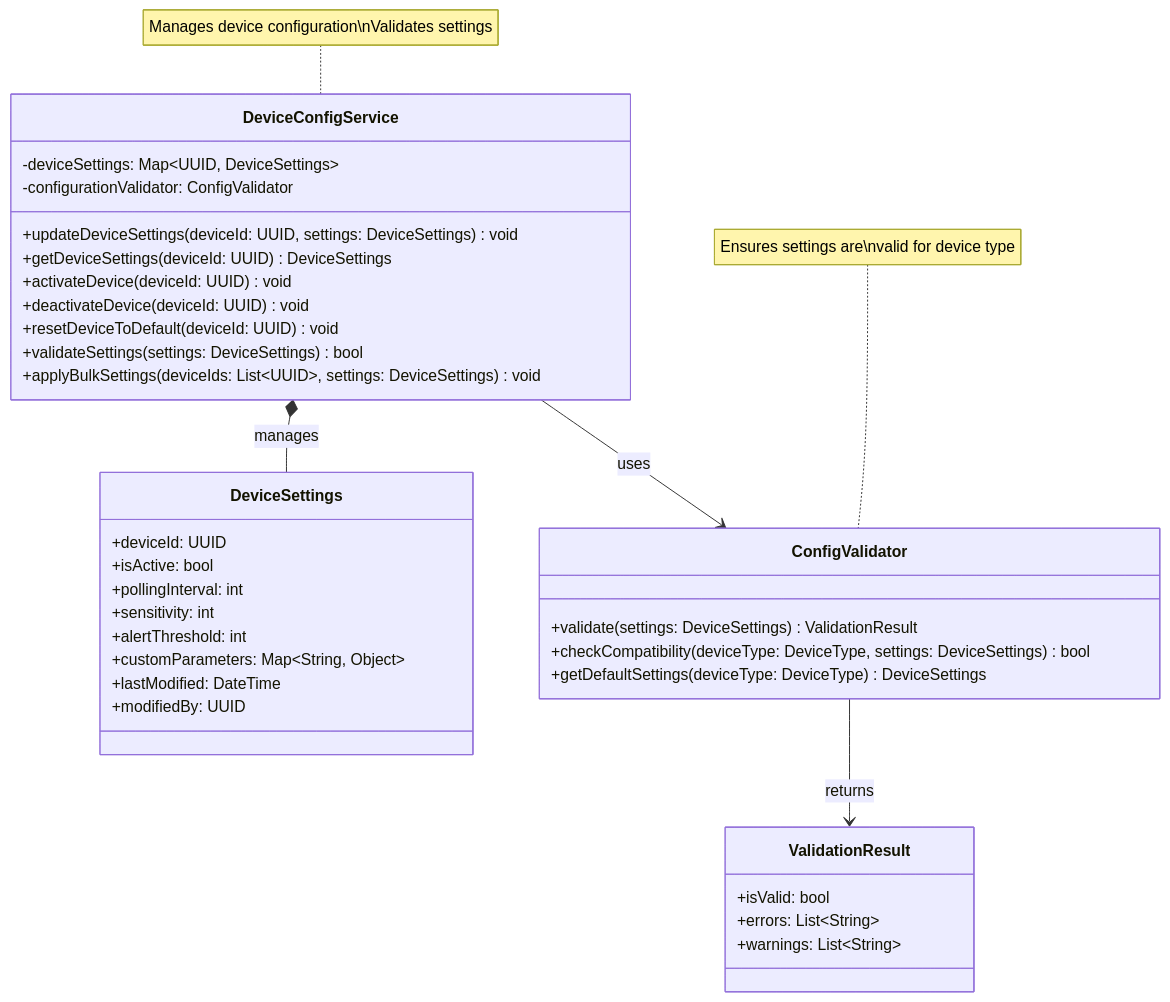
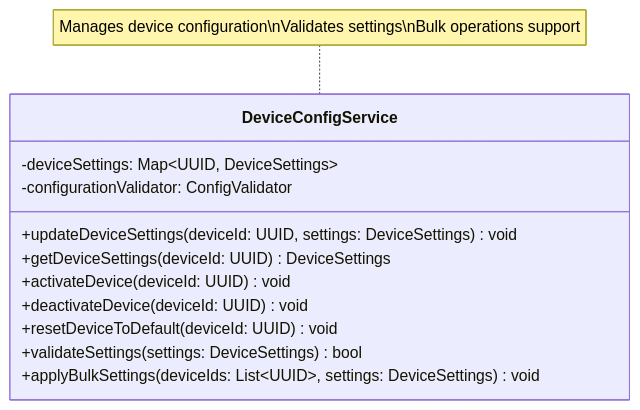
Before and after one commit to mj010101/swe_25f: the tenth of 18 diagrams in diagrams/business_class_diagram.md, drawn with Mermaid. The commit also changed other lines of this file, not shown here.

Commit message:
fix: business class diagram

````diff
--- a/diagrams/business_class_diagram.md
+++ b/diagrams/business_class_diagram.md
@@ -704,46 +342,18 @@
 ```mermaid
 classDiagram
     direction TB
 
     class DeviceConfigService {
         -deviceSettings: Map~UUID, DeviceSettings~
         -configurationValidator: ConfigValidator
         +updateDeviceSettings(deviceId: UUID, settings: DeviceSettings) void
         +getDeviceSettings(deviceId: UUID) DeviceSettings
         +activateDevice(deviceId: UUID) void
         +deactivateDevice(deviceId: UUID) void
         +resetDeviceToDefault(deviceId: UUID) void
         +validateSettings(settings: DeviceSettings) bool
         +applyBulkSettings(deviceIds: List~UUID~, settings: DeviceSettings) void
     }
 
-    class DeviceSettings {
-        +deviceId: UUID
-        +isActive: bool
-        +pollingInterval: int
-        +sensitivity: int
-        +alertThreshold: int
-        +customParameters: Map~String, Object~
-        +lastModified: DateTime
-        +modifiedBy: UUID
-    }
-
-    class ConfigValidator {
-        +validate(settings: DeviceSettings) ValidationResult
-        +checkCompatibility(deviceType: DeviceType, settings: DeviceSettings) bool
-        +getDefaultSettings(deviceType: DeviceType) DeviceSettings
-    }
-
-    class ValidationResult {
-        +isValid: bool
-        +errors: List~String~
-        +warnings: List~String~
-    }
-
-    DeviceConfigService *-- DeviceSettings : manages
-    DeviceConfigService --> ConfigValidator : uses
-    ConfigValidator --> ValidationResult : returns
-
-    note for DeviceConfigService "Manages device configuration\nValidates settings"
-    note for ConfigValidator "Ensures settings are\nvalid for device type"
+    note for DeviceConfigService "Manages device configuration\nValidates settings\nBulk operations support"
 ```
````
